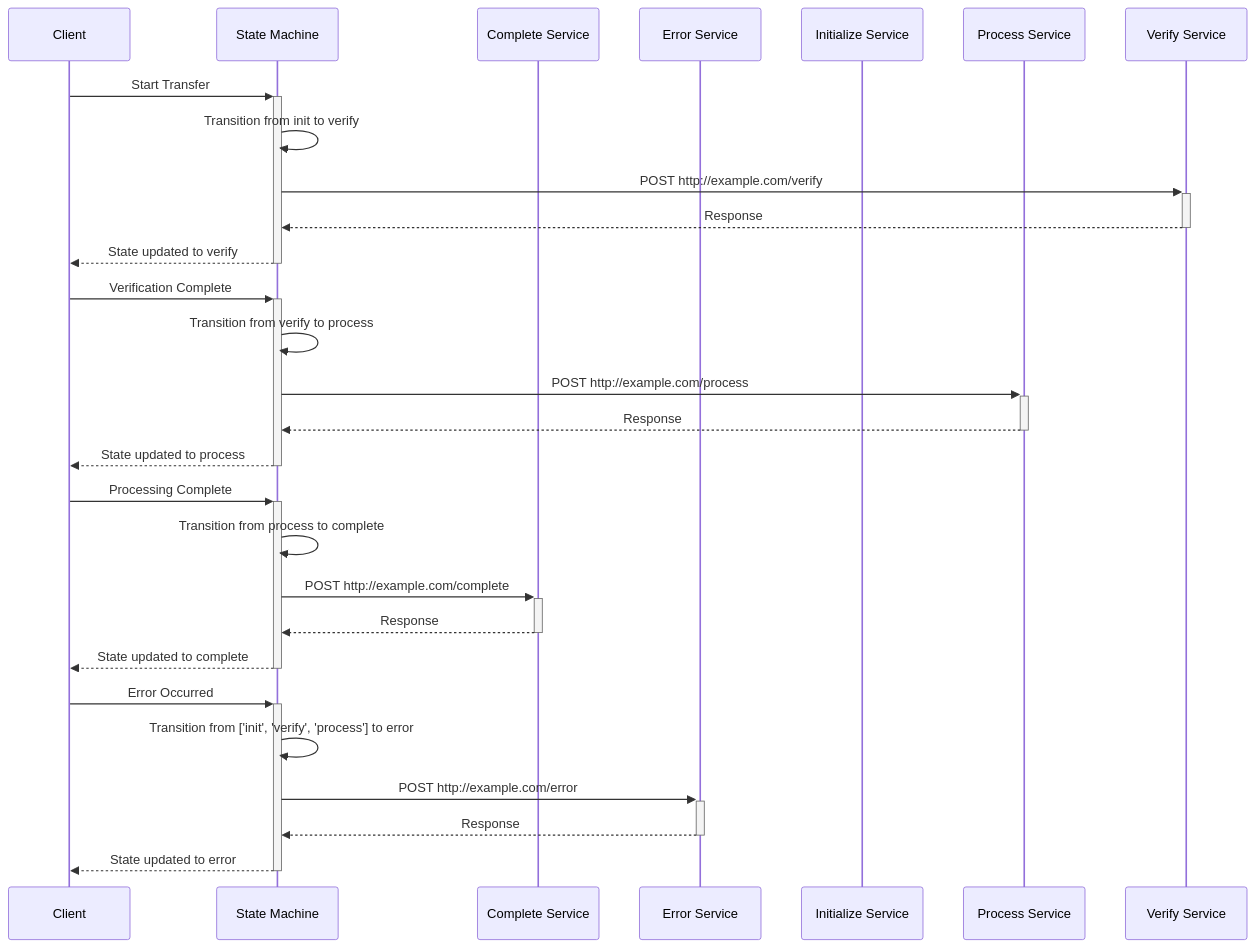
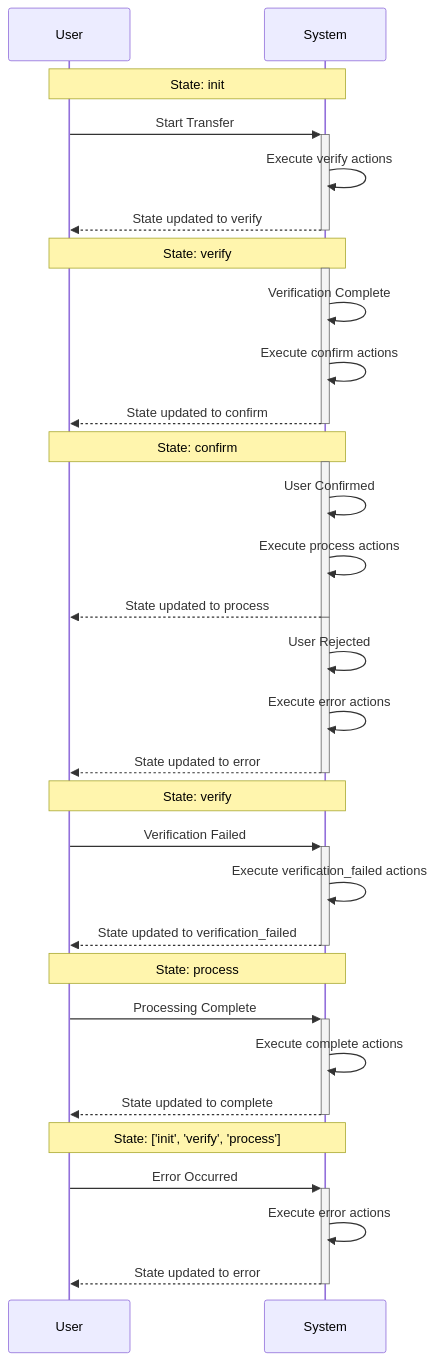
One commit to middt/finite-state-machine changed the diagram in diagrams/money-transfer-sequence.md. Above: the diagram before and after it, drawn with Mermaid. The commit also changed 9 other files, not shown here.

````diff
--- a/diagrams/money-transfer-sequence.md
+++ b/diagrams/money-transfer-sequence.md
@@ -2,34 +2,38 @@
 ```mermaid
 sequenceDiagram
-    participant C as Client
-    participant SM as State Machine
-    participant Complete as Complete Service
-    participant Error as Error Service
-    participant Initialize as Initialize Service
-    participant Process as Process Service
-    participant Verify as Verify Service
-    C->>+SM: Start Transfer
-    SM->>SM: Transition from init to verify
-    SM->>+Verify: POST http://example.com/verify
-    Verify-->>-SM: Response
-    SM-->>-C: State updated to verify
-
-    C->>+SM: Verification Complete
-    SM->>SM: Transition from verify to process
-    SM->>+Process: POST http://example.com/process
-    Process-->>-SM: Response
-    SM-->>-C: State updated to process
-
-    C->>+SM: Processing Complete
-    SM->>SM: Transition from process to complete
-    SM->>+Complete: POST http://example.com/complete
-    Complete-->>-SM: Response
-    SM-->>-C: State updated to complete
-
-    C->>+SM: Error Occurred
-    SM->>SM: Transition from ['init', 'verify', 'process'] to error
-    SM->>+Error: POST http://example.com/error
-    Error-->>-SM: Response
-    SM-->>-C: State updated to error
-
+    participant User
+    participant System
+    Note over User,System: State: init
+    User->>+System: Start Transfer
+    System->>System: Execute verify actions
+    System-->>-User: State updated to verify
+    Note over User,System: State: verify
+    activate System
+    System->>System: Verification Complete
+    System->>System: Execute confirm actions
+    System-->>User: State updated to confirm
+    deactivate System
+    Note over User,System: State: confirm
+    activate System
+    System->>System: User Confirmed
+    System->>System: Execute process actions
+    System-->>User: State updated to process
+    deactivate System
+    activate System
+    System->>System: User Rejected
+    System->>System: Execute error actions
+    System-->>User: State updated to error
+    deactivate System
+    Note over User,System: State: verify
+    User->>+System: Verification Failed
+    System->>System: Execute verification_failed actions
+    System-->>-User: State updated to verification_failed
+    Note over User,System: State: process
+    User->>+System: Processing Complete
+    System->>System: Execute complete actions
+    System-->>-User: State updated to complete
+    Note over User,System: State: ['init', 'verify', 'process']
+    User->>+System: Error Occurred
+    System->>System: Execute error actions
+    System-->>-User: State updated to error
 ```
````
